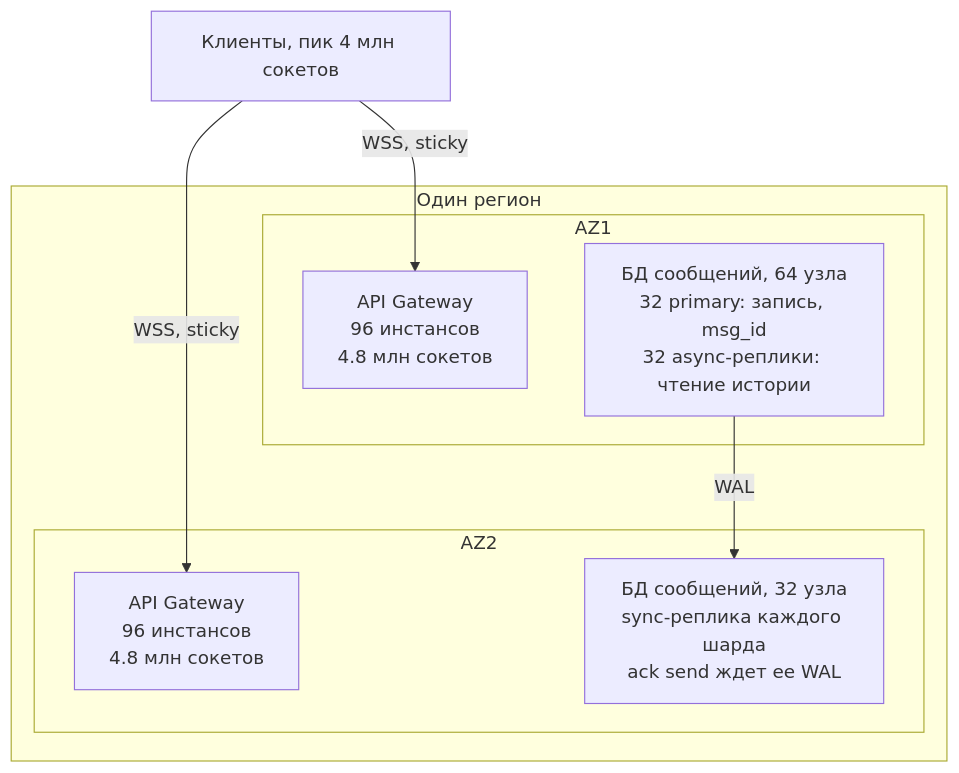
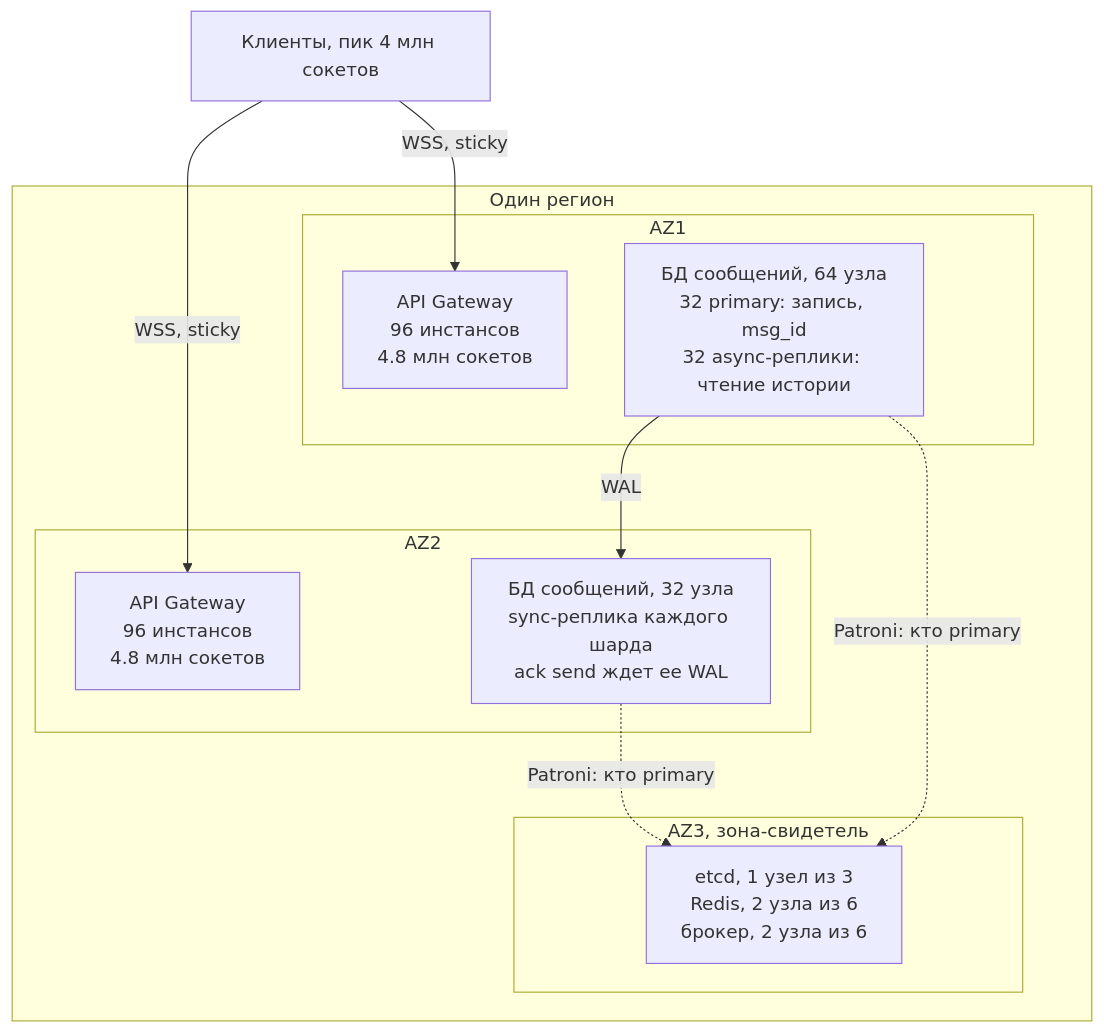
The fourth of 8 diagrams in hw_06/solution/README.md (Gomozov/otus-systemdesign-homework), drawn with Mermaid before and after one commit. The commit also changed other lines of this file, not shown here.

````diff
--- a/hw_06/solution/README.md
+++ b/hw_06/solution/README.md
@@ -686,20 +776,26 @@
 ```mermaid
 flowchart TB
   subgraph region["Один регион"]
     subgraph az1["AZ1"]
       gw1["API Gateway<br/>96 инстансов<br/>4.8 млн сокетов"]
       db1["БД сообщений, 64 узла<br/>32 primary: запись, msg_id<br/>32 async-реплики: чтение истории"]
     end
 
     subgraph az2["AZ2"]
       gw2["API Gateway<br/>96 инстансов<br/>4.8 млн сокетов"]
       db2["БД сообщений, 32 узла<br/>sync-реплика каждого шарда<br/>ack send ждет ее WAL"]
     end
+
+    subgraph az3["AZ3, зона-свидетель"]
+      wit["etcd, 1 узел из 3<br/>Redis, 2 узла из 6<br/>брокер, 2 узла из 6"]
+    end
   end
 
   user["Клиенты, пик 4 млн сокетов"]
 
   user -->|"WSS, sticky"| gw1
   user -->|"WSS, sticky"| gw2
   db1 -->|"WAL"| db2
+  db1 -.->|"Patroni: кто primary"| wit
+  db2 -.->|"Patroni: кто primary"| wit
 ```
````
